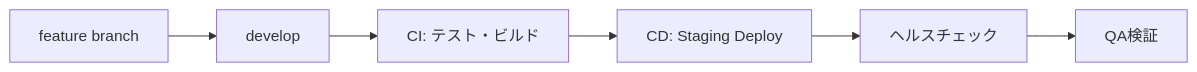
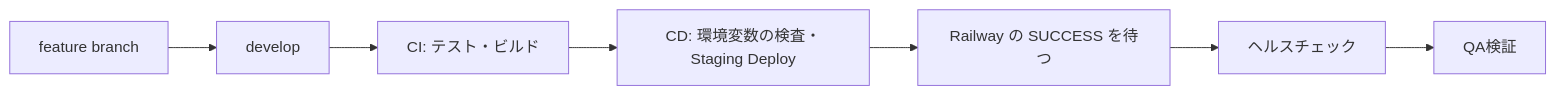
The second of 3 diagrams in docs/deployment/overview.md (inakanou/ArchiTrack), drawn with Mermaid before and after one commit. The commit also changed other lines of this file and 15 other files, not shown here.

````diff
--- a/docs/deployment/overview.md
+++ b/docs/deployment/overview.md
@@ -42,8 +61,9 @@
 ```mermaid
 graph LR
     A[feature branch] --> B[develop]
     B --> C[CI: テスト・ビルド]
-    C --> D[CD: Staging Deploy]
-    D --> E[ヘルスチェック]
+    C --> D[CD: 環境変数の検査・Staging Deploy]
+    D --> W[Railway の SUCCESS を待つ]
+    W --> E[ヘルスチェック]
     E --> F[QA検証]
 ```
````
